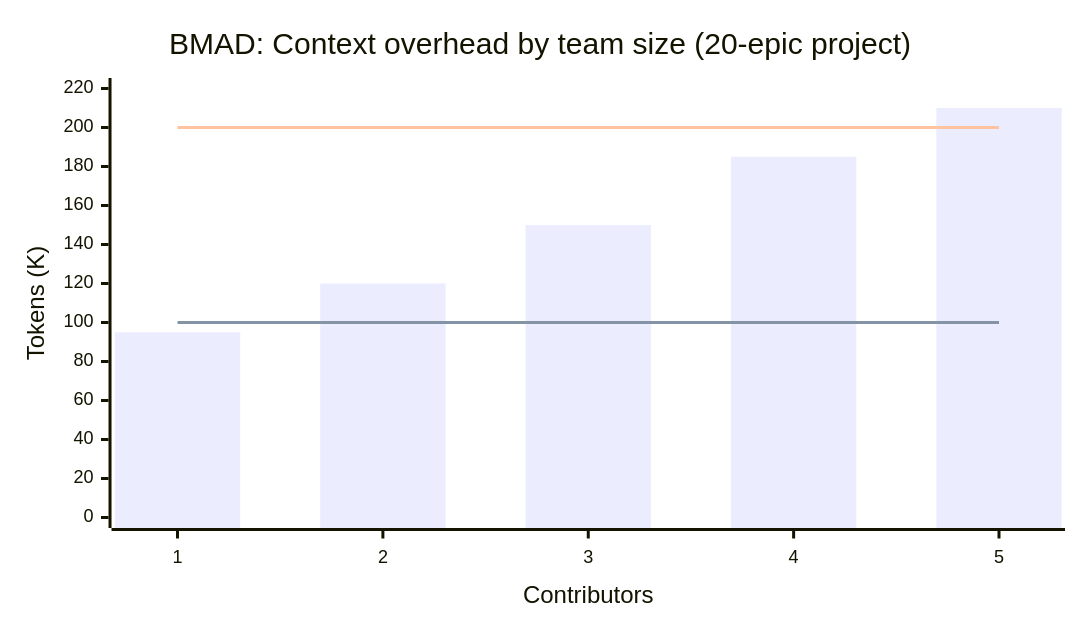
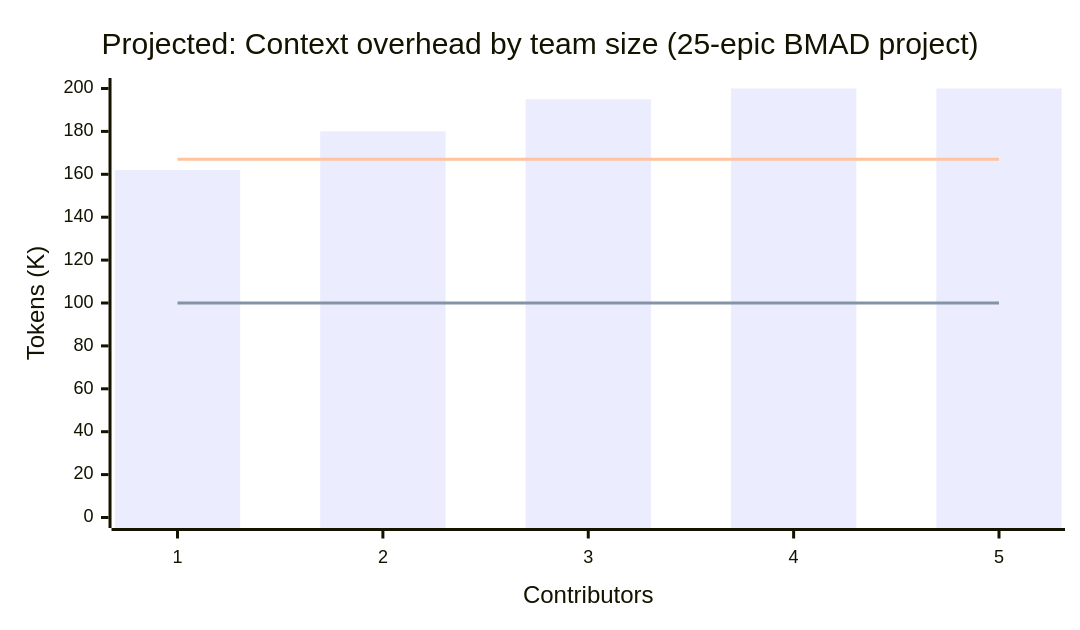
Diagram 11 of 20 in docs/lifecycle-improvement-rs.md (slabgorb/orc-penny), drawn with Mermaid before and after one commit. The commit also changed other lines of this file and 1 other file, not shown here.

First line of the commit message:
docs: ground charts in measured data, add spike repo separation

````diff
--- a/docs/lifecycle-improvement-rs.md
+++ b/docs/lifecycle-improvement-rs.md
@@ -470,19 +493,19 @@
 ```mermaid
 ---
 config:
   xyChart:
     width: 700
     height: 400
     xAxis:
       labelFontSize: 12
     yAxis:
       labelFontSize: 12
 ---
 xychart-beta
-    title "BMAD: Context overhead by team size (20-epic project)"
+    title "Projected: Context overhead by team size (25-epic BMAD project)"
     x-axis "Contributors" [1, 2, 3, 4, 5]
-    y-axis "Tokens (K)" 0 --> 220
-    bar [95, 120, 150, 185, 210]
+    y-axis "Tokens (K)" 0 --> 200
+    bar [162, 180, 195, 200, 200]
     line [100, 100, 100, 100, 100]
-    line [200, 200, 200, 200, 200]
+    line [167, 167, 167, 167, 167]
 ```
````
